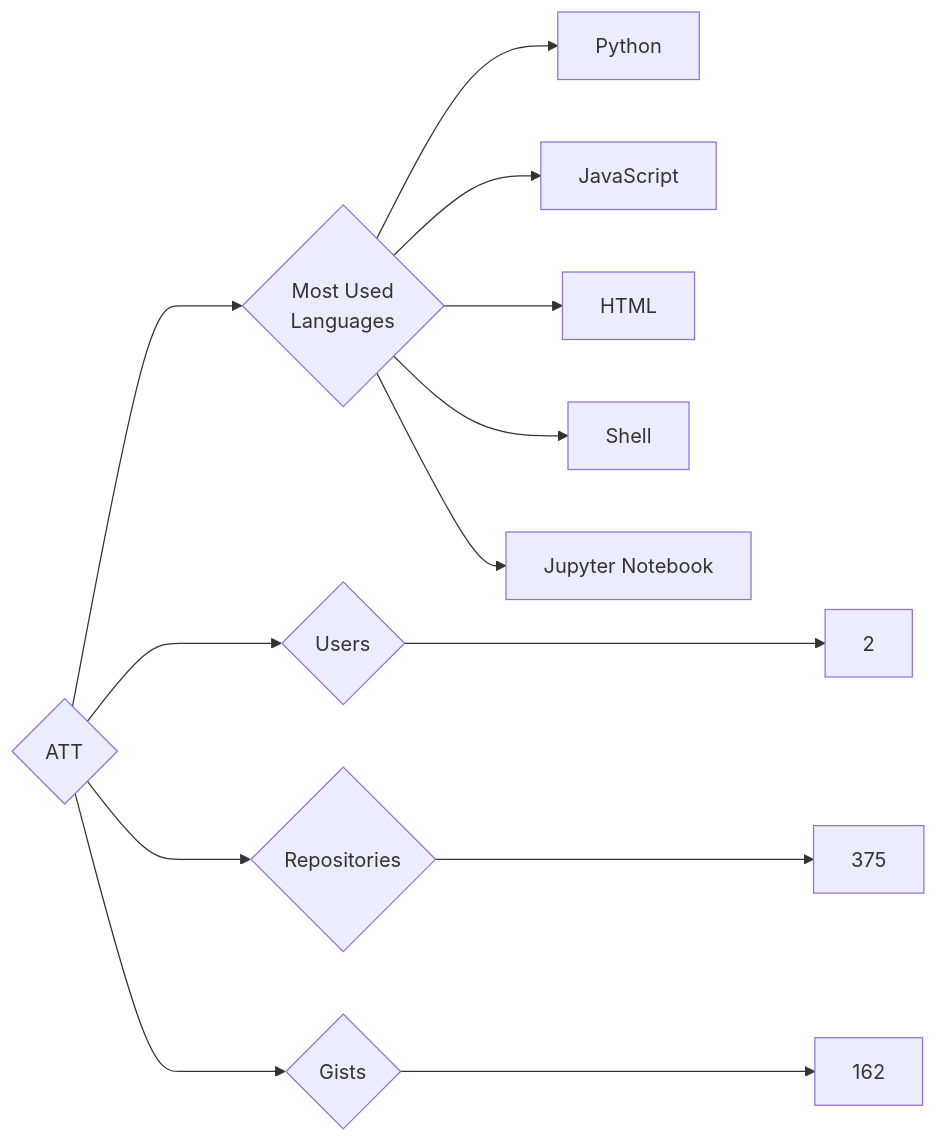
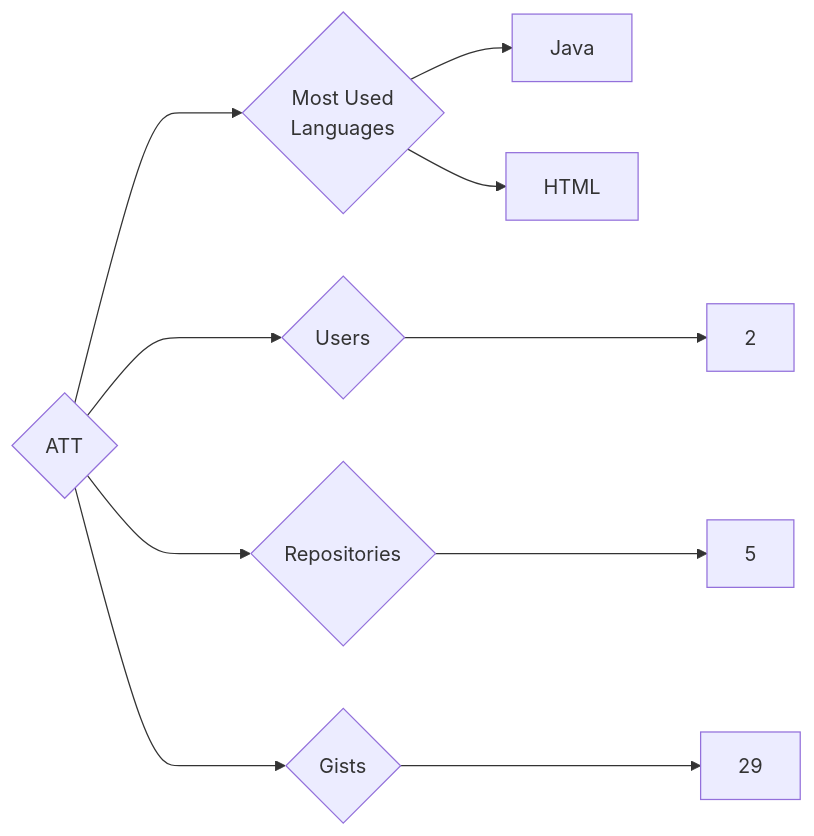
The diagram in targets/ATT/README.md (trickest/insiders), drawn with Mermaid before and after one commit. The commit also changed 942 other files, not shown here.

````diff
--- a/targets/ATT/README.md
+++ b/targets/ATT/README.md
@@ -3,13 +3,10 @@
 ```mermaid
 graph LR
 COMPANY_NAME{ATT}
 COMPANY_NAME ---> U{Users} ---> UN[2]
-COMPANY_NAME ---> R{Repositories} ---> RN[375]
-COMPANY_NAME ---> G{Gists} ---> GN[162]
+COMPANY_NAME ---> R{Repositories} ---> RN[5]
+COMPANY_NAME ---> G{Gists} ---> GN[29]
 COMPANY_NAME ---> ML{Most Used<br>Languages}
-ML --> Python[Python]
-ML --> JavaScript[JavaScript]
+ML --> Java[Java]
 ML --> HTML[HTML]
-ML --> Shell[Shell]
-ML --> Jupyter_Notebook[Jupyter Notebook]
 ```
````
